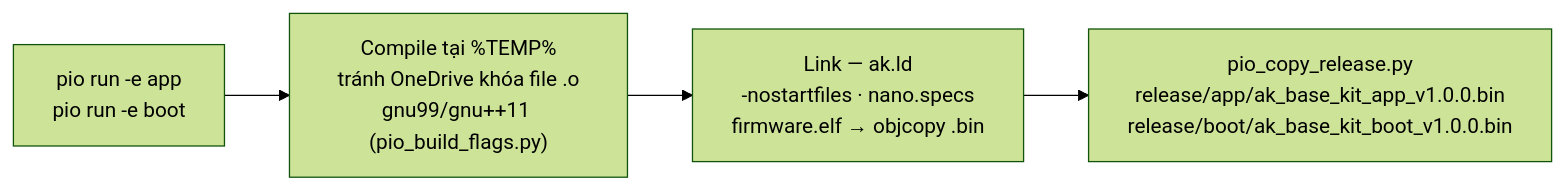
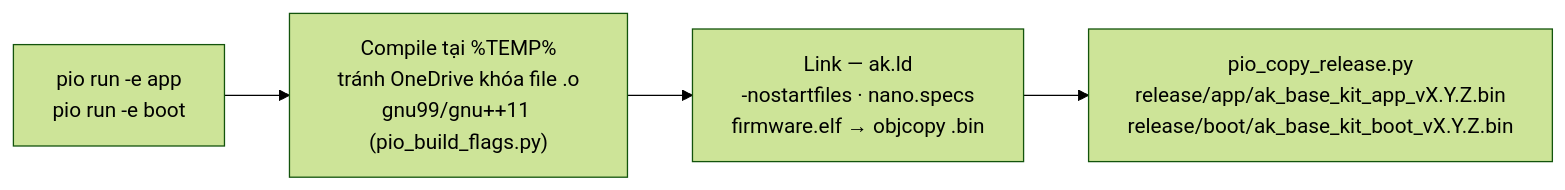
Before and after one commit to hohoanganh/ak-base-kit-pio: the fourth of 4 diagrams in docs/ak-base-kit-pio-luong-hoat-dong.md, drawn with Mermaid (forest theme). The commit also changed other lines of this file and 19 other files, not shown here.

````diff
--- a/docs/ak-base-kit-pio-luong-hoat-dong.md
+++ b/docs/ak-base-kit-pio-luong-hoat-dong.md
@@ -159,6 +188,6 @@
 ```mermaid
 flowchart LR
     A["pio run -e app<br>pio run -e boot"] --> B["Compile tại %TEMP%<br>tránh OneDrive khóa file .o<br>gnu99/gnu++11 (pio_build_flags.py)"]
     B --> C["Link — ak.ld<br>-nostartfiles · nano.specs<br>firmware.elf → objcopy .bin"]
-    C --> D["pio_copy_release.py<br>release/app/ak_base_kit_app_v1.0.0.bin<br>release/boot/ak_base_kit_boot_v1.0.0.bin"]
+    C --> D["pio_copy_release.py<br>release/app/ak_base_kit_app_vX.Y.Z.bin<br>release/boot/ak_base_kit_boot_vX.Y.Z.bin"]
 ```
````
